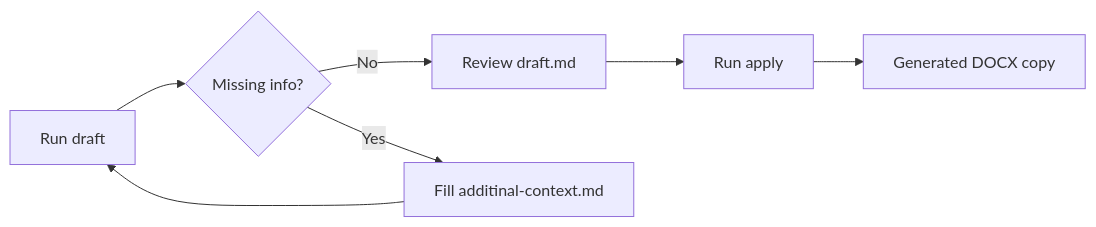
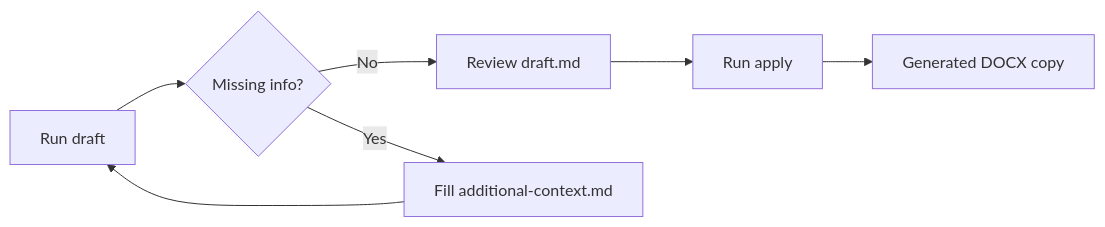
The third of 4 diagrams in README.md (gustavorubim/deepagent-model-document), drawn with Mermaid before and after one commit. The commit also changed other lines of this file and 14 other files, not shown here.

First line of the commit message:
fix(cli): standardize additional-context filename handling

````diff
--- a/README.md
+++ b/README.md
@@ -60,9 +60,9 @@
 ```mermaid
 flowchart LR
   A[Run draft] --> B{Missing info?}
   B -- No --> C[Review draft.md]
-  B -- Yes --> D[Fill additinal-context.md]
+  B -- Yes --> D[Fill additional-context.md]
   D --> A
   C --> E[Run apply]
   E --> F[Generated DOCX copy]
 ```
````
